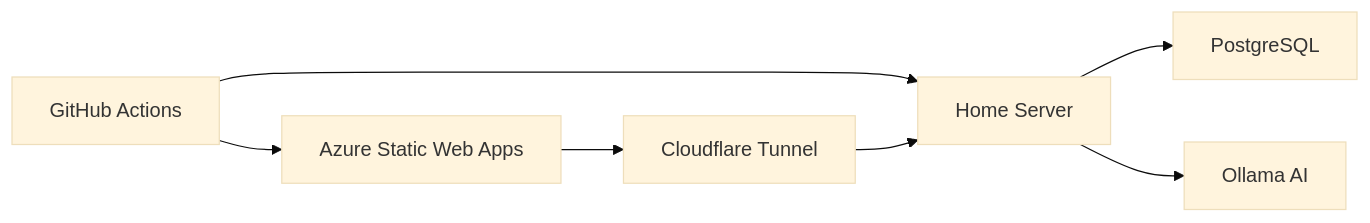
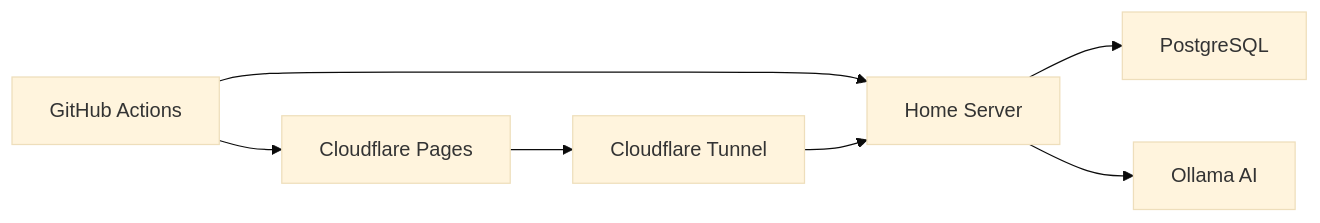
Before and after one commit to DigiBanks99/menlo: the diagram in .github/workflows/README.md, drawn with Mermaid (base theme). The commit also changed other lines of this file and 30 other files, not shown here.

First line of the commit message:
feat(ui-web): implement cloudflare pages

````diff
--- a/.github/workflows/README.md
+++ b/.github/workflows/README.md
@@ -62,9 +62,9 @@
 ```mermaid
 graph LR
-    A[GitHub Actions] --> B[Azure Static Web Apps]
+    A[GitHub Actions] --> B[Cloudflare Pages]
     A --> C[Home Server]
     B --> D[Cloudflare Tunnel]
     D --> C
     C --> E[PostgreSQL]
     C --> F[Ollama AI]
 ```
````
